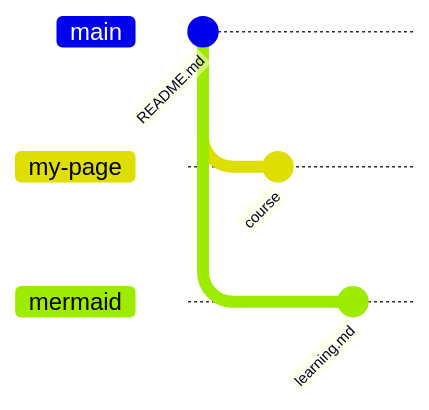
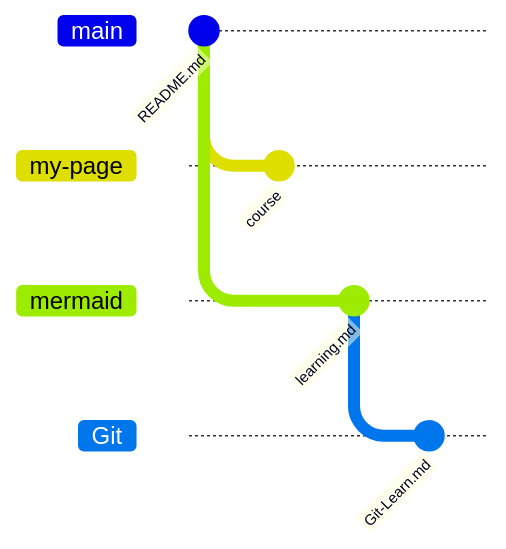
The diagram in README.md (Stu-young-dent/Notebook), drawn with Mermaid before and after one commit. The commit also changed other lines of this file, not shown here.

Commit message:
Update README.md
添加了Git分支

````diff
--- a/README.md
+++ b/README.md
@@ -8,10 +9,12 @@
 ```mermaid
 gitGraph
   commit id: "README.md"
   branch my-page
   commit id: "course"
   checkout main
   branch mermaid
   checkout mermaid
   commit id: "learning.md"
+  branch Git
+  commit id: "Git-Learn.md"
 ```
````
